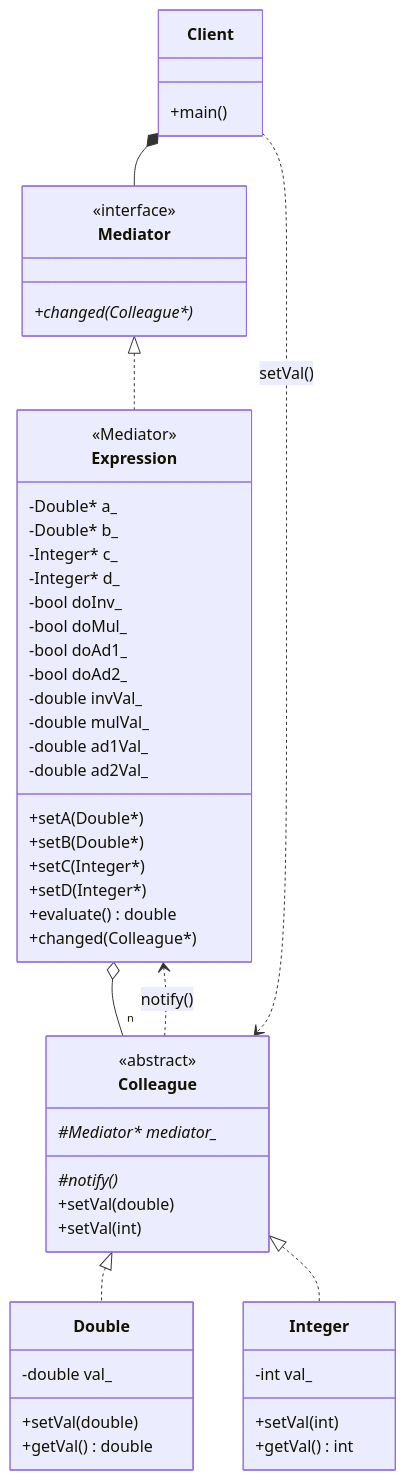
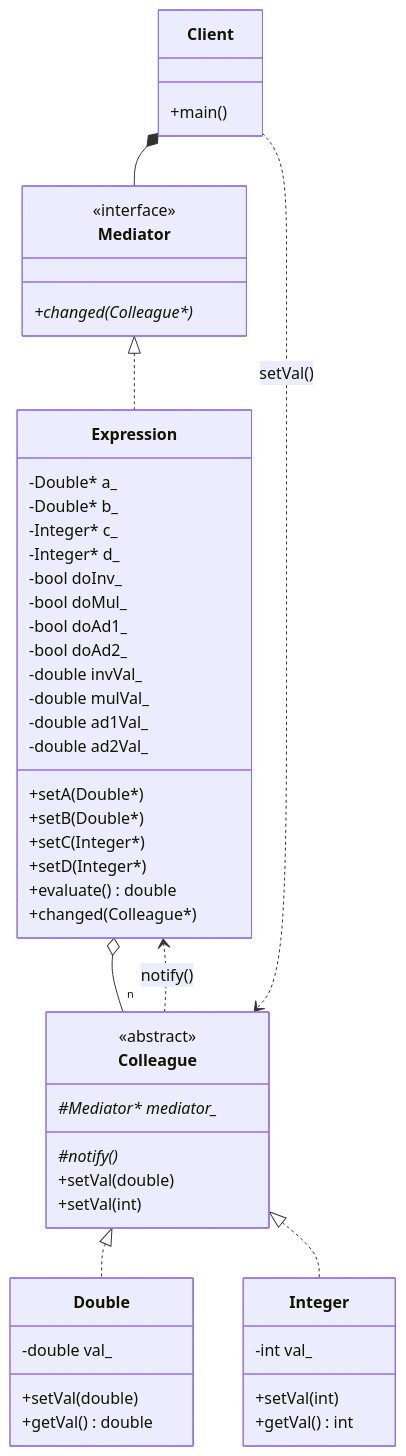
The diagram in 22_Mediator/diagram.md (Cichlidfishexigency721/Modern-CPP-Design-Patterns), drawn with Mermaid before and after one commit. The commit also changed 1 other file, not shown here.

Commit message:
Improvement in UML

````diff
--- a/22_Mediator/diagram.md
+++ b/22_Mediator/diagram.md
@@ -3,75 +3,74 @@
 ```mermaid
 classDiagram
    class Mediator {
       <<interface>>
       +changed(Colleague*)*
    }
 
    class Colleague {
       <<abstract>>
       #Mediator* mediator_*
       #notify()*
       +setVal(double)
       +setVal(int)
    }
 
    class Double {
       -double val_
       +setVal(double)
       +getVal() double
    }
 
    class Integer {
       -int val_
       +setVal(int)
       +getVal() int
    }
 
    class Expression {
-      <<Mediator>>
       -Double* a_
       -Double* b_
       -Integer* c_
       -Integer* d_
       -bool doInv_
       -bool doMul_
       -bool doAd1_
       -bool doAd2_
       -double invVal_
       -double mulVal_
       -double ad1Val_
       -double ad2Val_
       +setA(Double*)
       +setB(Double*)
       +setC(Integer*)
       +setD(Integer*)
       +evaluate() double
       +changed(Colleague*)
    }
 
    class Client {
       +main()
    }
 
    %% Notify
    %%Double ..> Expression : notify()
    %%Integer ..> Expression : notify()
    Colleague ..> Expression : notify()
 
    %% Inheritance (Implements)
    Mediator <|.. Expression
    Colleague <|.. Double
    Colleague <|.. Integer
 
    %% Composition (Has_a)
    %%Colleague o-- Mediator : mediator_
    Expression o-- "n" Colleague
    %%Expression *-- "2" Double : a_,b_
    %%Expression *-- "2" Integer : c_,d_
 
    %% Composition (Has a)
    Client *-- Mediator
    %%Client ..> Double : setVal()
    %%Client ..> Integer : setVal()
    Client ..> Colleague : setVal()
 ```
````
